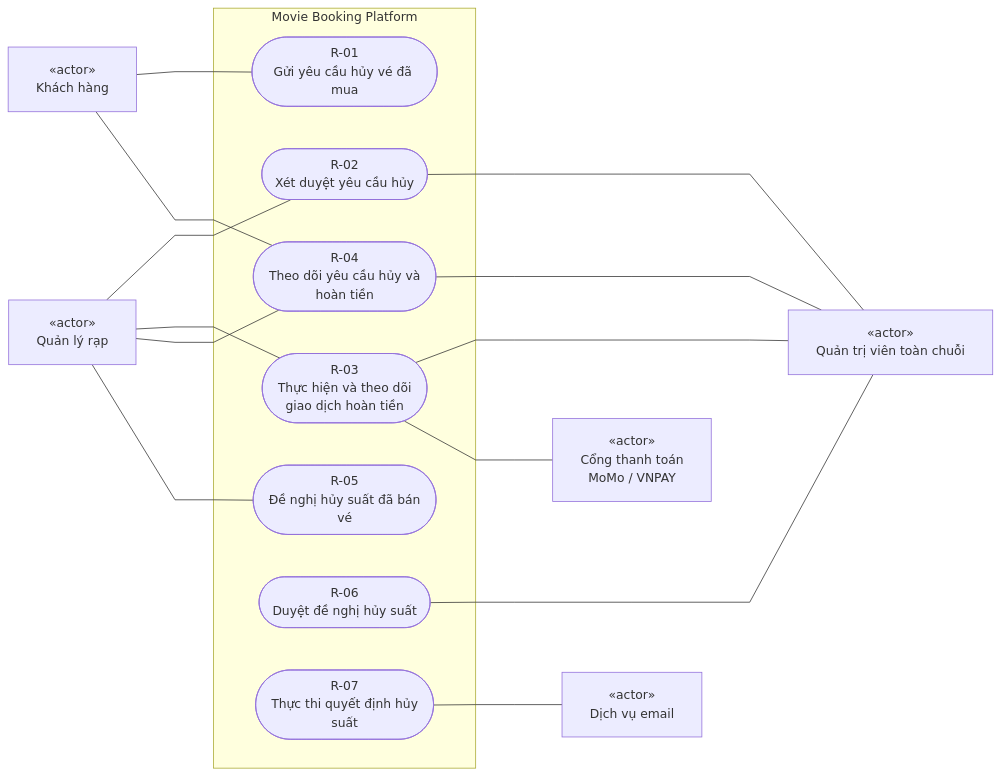
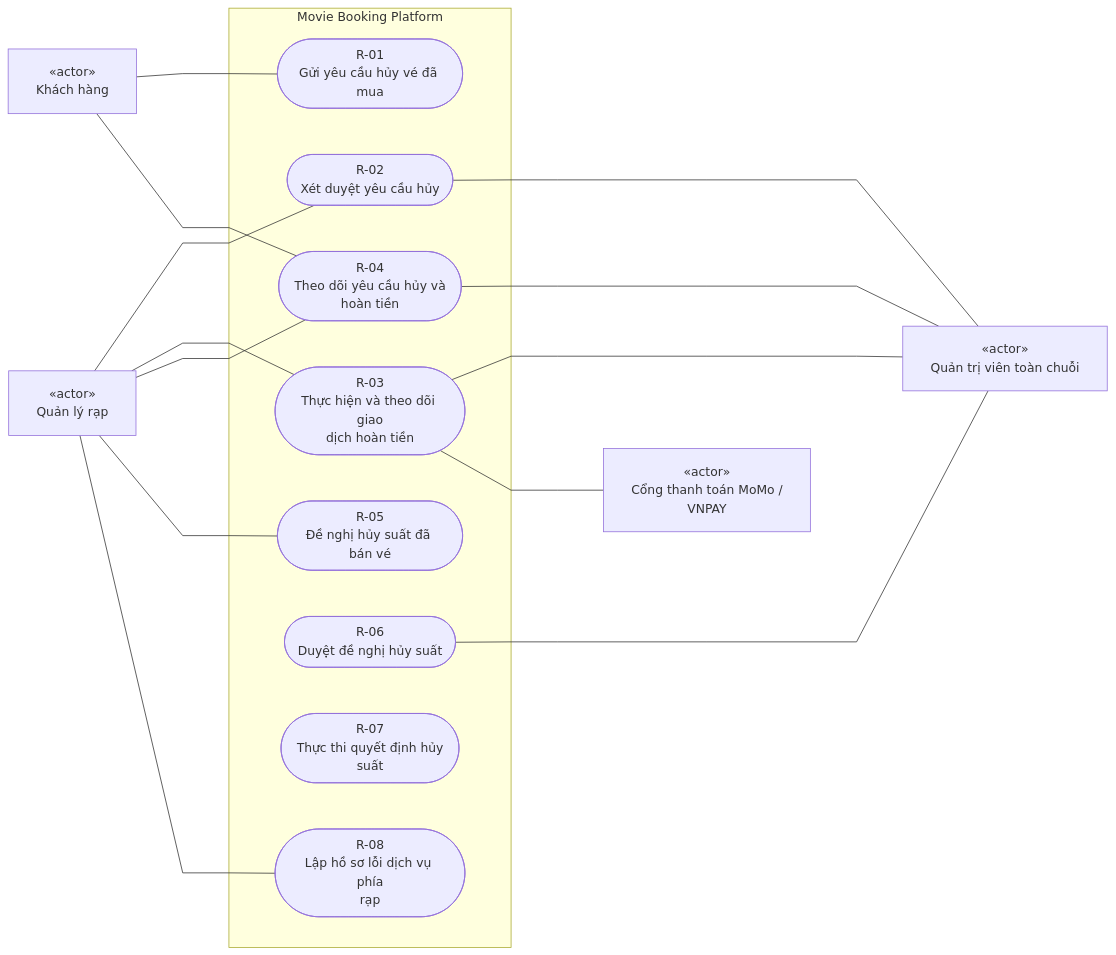
Before and after one commit to NhiBuaa/movie-booking-agent: the fourth of 10 diagrams in docs/03-product/use-cases.md, drawn with Mermaid. The commit also changed other lines of this file and 24 other files, not shown here.

Commit message:
docs: synchronize UML use cases and approved business policies

````diff
--- a/docs/03-product/use-cases.md
+++ b/docs/03-product/use-cases.md
@@ -312,34 +331,33 @@
 ```mermaid
-%%{init: {"flowchart":{"nodeSpacing":55,"rankSpacing":100,"curve":"linear","useMaxWidth":false,"padding":18}}}%%
+%%{init: {"flowchart":{"nodeSpacing":60,"rankSpacing":120,"curve":"linear","useMaxWidth":false,"padding":18}}}%%
 flowchart LR
+    %% Mỗi actor có một ID duy nhất; các khung G chỉ gom bố cục.
     customer["«actor»<br/>Khách hàng"]
     manager["«actor»<br/>Quản lý rạp"]
     admin["«actor»<br/>Quản trị viên toàn chuỗi"]
-    pay["«actor»<br/>Cổng thanh toán<br/>MoMo / VNPAY"]
-    mail["«actor»<br/>Dịch vụ email"]
-
+    pay["«actor»<br/>Cổng thanh toán MoMo /<br/>VNPAY"]
     subgraph system["Movie Booking Platform"]
         R_01(["R-01<br/>Gửi yêu cầu hủy vé đã mua"])
         R_02(["R-02<br/>Xét duyệt yêu cầu hủy"])
-        R_03(["R-03<br/>Thực hiện và theo dõi<br/>giao dịch hoàn tiền"])
+        R_03(["R-03<br/>Thực hiện và theo dõi giao<br/>dịch hoàn tiền"])
         R_04(["R-04<br/>Theo dõi yêu cầu hủy và<br/>hoàn tiền"])
-        R_05(["R-05<br/>Đề nghị hủy suất đã bán<br/>vé"])
+        R_05(["R-05<br/>Đề nghị hủy suất đã bán vé"])
         R_06(["R-06<br/>Duyệt đề nghị hủy suất"])
         R_07(["R-07<br/>Thực thi quyết định hủy<br/>suất"])
+        R_08(["R-08<br/>Lập hồ sơ lỗi dịch vụ phía<br/>rạp"])
     end
-
     customer --- R_01
+    manager --- R_02
+    R_02 --- admin
+    manager --- R_03
+    R_03 --- admin
+    R_03 --- pay
     customer --- R_04
-    manager --- R_02
-    manager --- R_03
     manager --- R_04
+    R_04 --- admin
     manager --- R_05
-    R_02 --- admin
-    R_03 --- admin
-    R_04 --- admin
     R_06 --- admin
-    R_03 --- pay
-    R_07 --- mail
-    %% Chỉ bố trí: tách cột cổng thanh toán và quản trị viên; không có quan hệ nghiệp vụ giữa hai actor.
+    manager --- R_08
+    %% Chỉ bố trí: tách cột cổng và quản trị viên; không có quan hệ nghiệp vụ giữa hai actor.
     pay ~~~ admin
 ```
````
